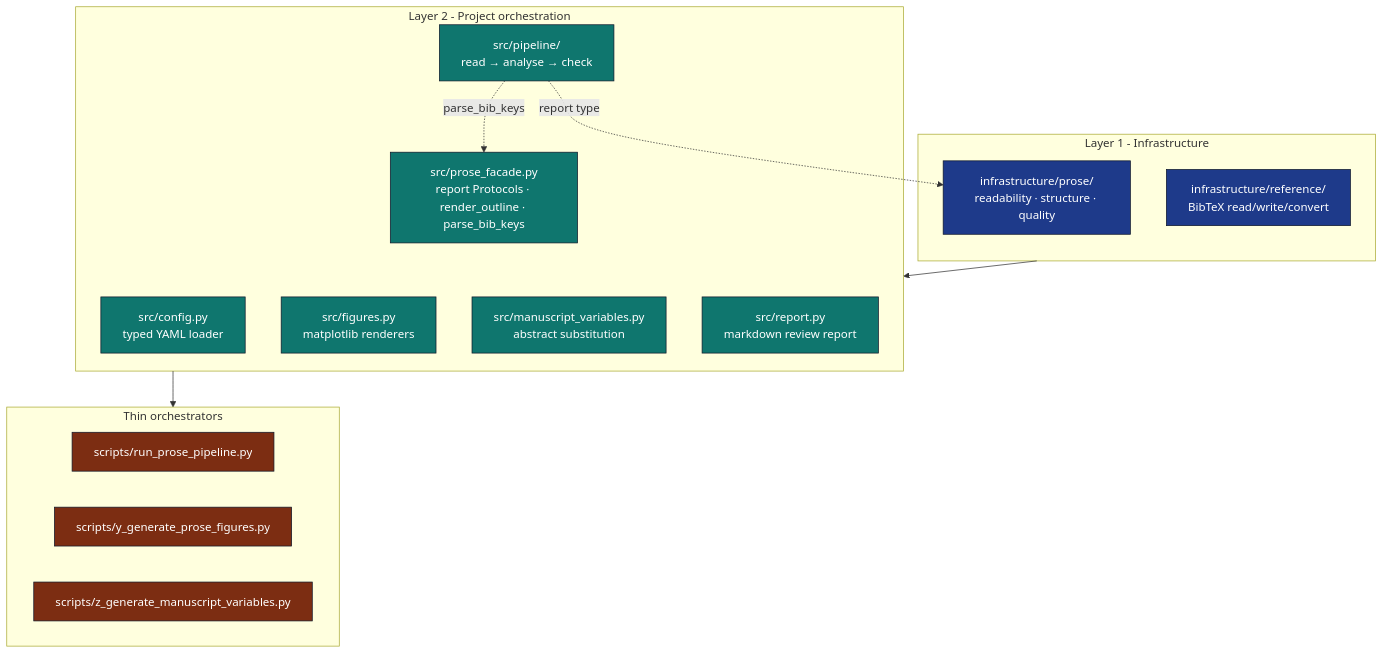
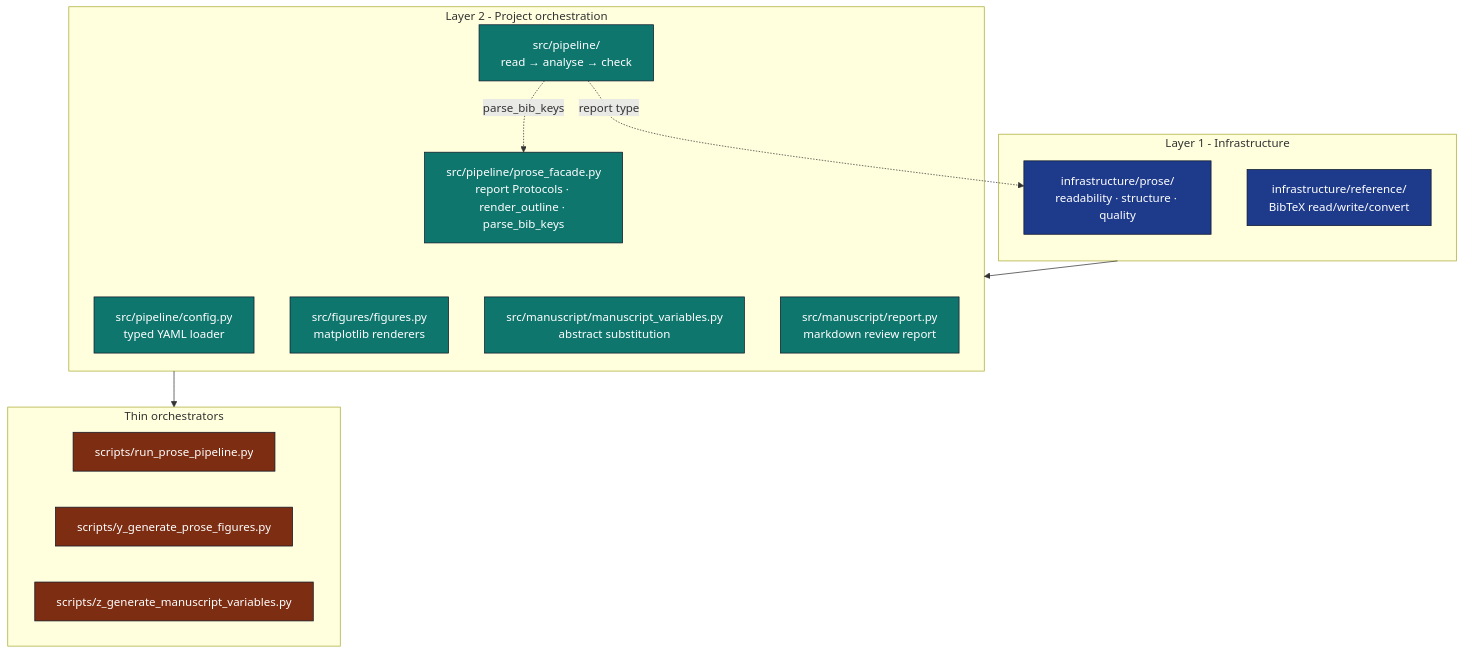
Before and after one commit to docxology/template: the first of 2 diagrams in projects/templates/template_prose_project/docs/architecture.md, drawn with Mermaid. The commit also changed other lines of this file and 775 other files, not shown here.

````diff
--- a/projects/templates/template_prose_project/docs/architecture.md
+++ b/projects/templates/template_prose_project/docs/architecture.md
@@ -5,35 +5,35 @@
 ```mermaid
 flowchart TB
     subgraph L1 [Layer 1 - Infrastructure]
         PROSE["infrastructure/prose/<br/>readability · structure · quality"]
         REF["infrastructure/reference/<br/>BibTeX read/write/convert"]
     end
 
     subgraph L2 [Layer 2 - Project orchestration]
-        CFG["src/config.py<br/>typed YAML loader"]
+        CFG["src/pipeline/config.py<br/>typed YAML loader"]
         PIPE["src/pipeline/<br/>read → analyse → check"]
-        FIG["src/figures.py<br/>matplotlib renderers"]
-        MV["src/manuscript_variables.py<br/>abstract substitution"]
-        REP["src/report.py<br/>markdown review report"]
-        PF["src/prose_facade.py<br/>report Protocols · render_outline · parse_bib_keys"]
+        FIG["src/figures/figures.py<br/>matplotlib renderers"]
+        MV["src/manuscript/manuscript_variables.py<br/>abstract substitution"]
+        REP["src/manuscript/report.py<br/>markdown review report"]
+        PF["src/pipeline/prose_facade.py<br/>report Protocols · render_outline · parse_bib_keys"]
     end
 
     subgraph SCR [Thin orchestrators]
         S1[scripts/run_prose_pipeline.py]
         S2[scripts/y_generate_prose_figures.py]
         S3[scripts/z_generate_manuscript_variables.py]
     end
 
     L1 --> L2
     L2 --> SCR
 
     PIPE -.report type.-> PROSE
     PIPE -.parse_bib_keys.-> PF
 
     classDef l1 fill:#1e3a8a,stroke:#0f172a,color:#fff
     classDef l2 fill:#0f766e,stroke:#0f172a,color:#fff
     classDef sc fill:#7c2d12,stroke:#0f172a,color:#fff
     class PROSE,REF l1
     class CFG,PIPE,FIG,MV,REP,PF l2
     class S1,S2,S3 sc
 ```
````
